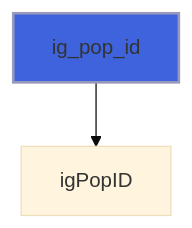
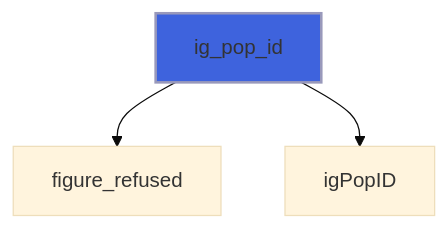
Before and after one commit to szaghi/figure: diagram 17 of 26 in docs/api/src/lib/figure_group.md, drawn with Mermaid (base theme). The commit also changed other lines of this file and 10 other files, not shown here.

````diff
--- a/docs/api/src/lib/figure_group.md
+++ b/docs/api/src/lib/figure_group.md
@@ -402,5 +445,6 @@
 ```mermaid
 flowchart TD
+  ig_pop_id["ig_pop_id"] --> figure_refused["figure_refused"]
   ig_pop_id["ig_pop_id"] --> igPopID["igPopID"]
   style ig_pop_id fill:#3e63dd,stroke:#99b,stroke-width:2px
 ```
````
